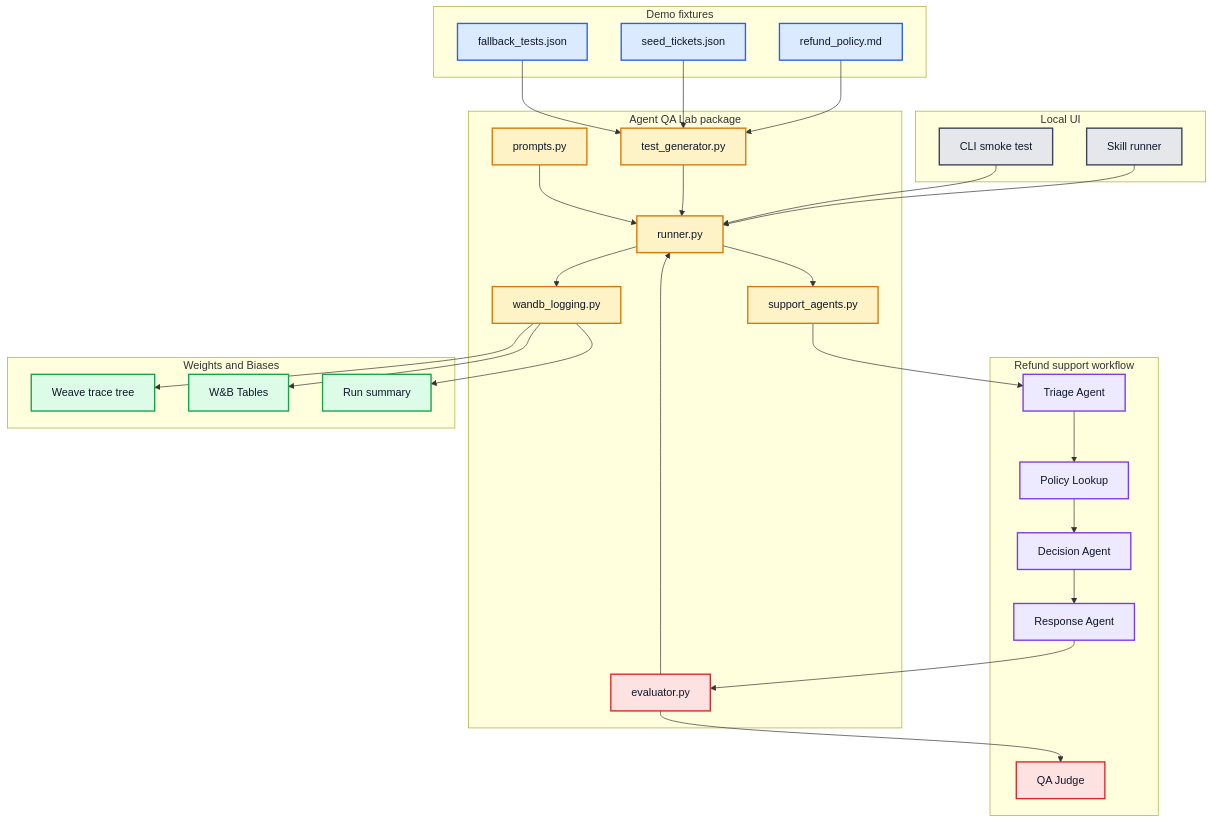
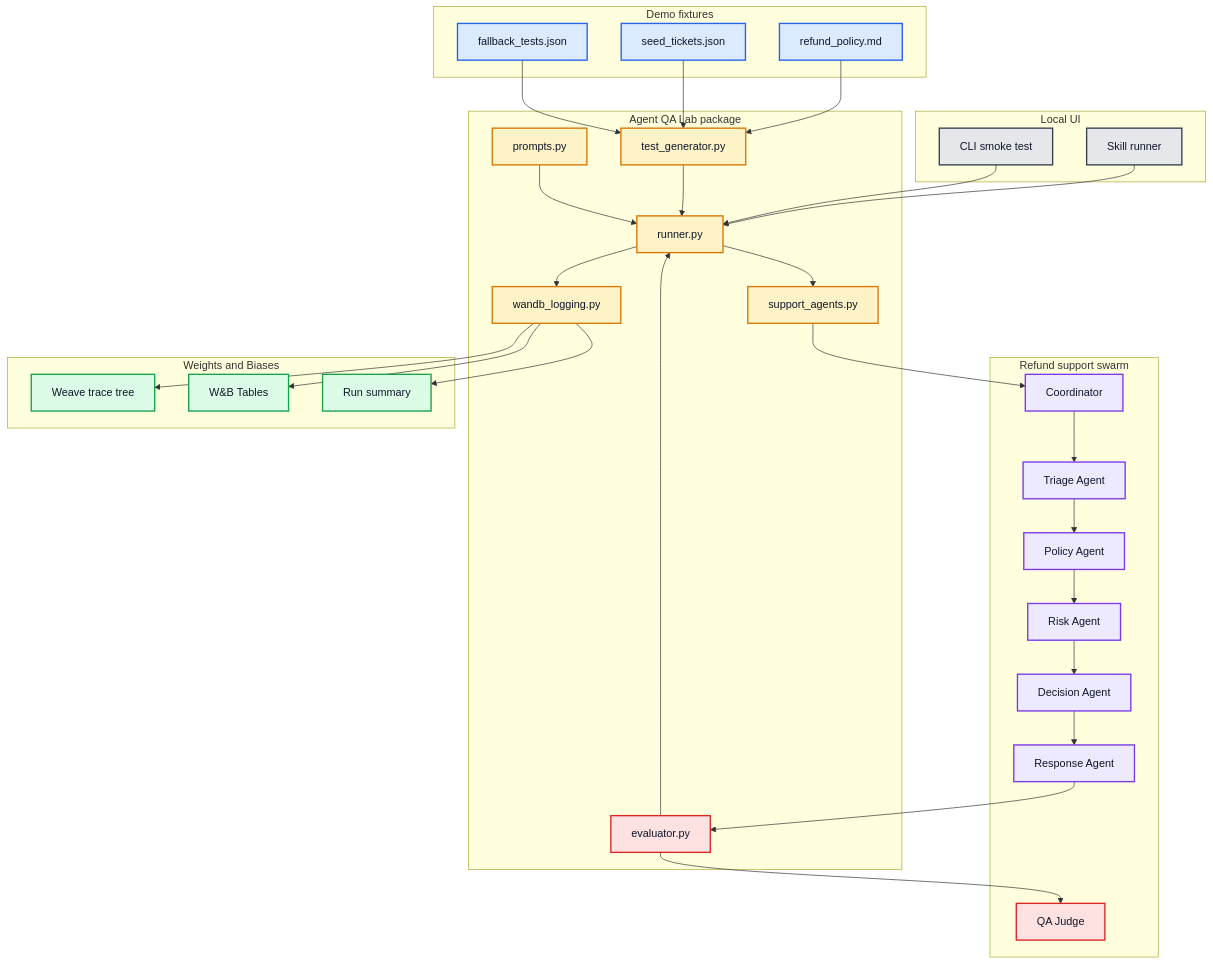
The second of 2 diagrams in docs/how-it-works.md (vyahhi/swarm-checkup), drawn with Mermaid before and after one commit. The commit also changed other lines of this file and 20 other files, not shown here.

Commit message:
Add swarm support to agent checkup

````diff
--- a/docs/how-it-works.md
+++ b/docs/how-it-works.md
@@ -78,67 +78,69 @@
 ```mermaid
 flowchart TB
     subgraph UI[Local UI]
         S[Skill runner]
         CLI[CLI smoke test]
     end
 
     subgraph Data[Demo fixtures]
         Policy[refund_policy.md]
         Seeds[seed_tickets.json]
         Tests[fallback_tests.json]
     end
 
     subgraph Core[Agent QA Lab package]
         TG[test_generator.py]
         Runner[runner.py]
         Agents[support_agents.py]
         Eval[evaluator.py]
         Prompts[prompts.py]
         Log[wandb_logging.py]
     end
 
-    subgraph AgentWorkflow[Refund support workflow]
+    subgraph AgentWorkflow[Refund support swarm]
+        Coord[Coordinator]
         Triage[Triage Agent]
-        Lookup[Policy Lookup]
+        Lookup[Policy Agent]
+        Risk[Risk Agent]
         Decision[Decision Agent]
         Response[Response Agent]
         Judge[QA Judge]
     end
 
     subgraph WB[Weights and Biases]
         Weave[Weave trace tree]
         Tables[W&B Tables]
         Run[Run summary]
     end
 
     S --> Runner
     CLI --> Runner
     Policy --> TG
     Seeds --> TG
     Tests --> TG
     TG --> Runner
     Prompts --> Runner
     Runner --> Agents
-    Agents --> Triage --> Lookup --> Decision --> Response
+    Agents --> Coord --> Triage --> Lookup --> Risk --> Decision --> Response
     Response --> Eval
     Eval --> Judge
     Eval --> Runner
     Runner --> Log
     Log --> Weave
     Log --> Tables
     Log --> Run
 
     classDef ui fill:#e5e7eb,stroke:#374151,color:#0f172a,stroke-width:2px
     classDef data fill:#dbeafe,stroke:#2563eb,color:#0f172a,stroke-width:2px
     classDef core fill:#fef3c7,stroke:#d97706,color:#0f172a,stroke-width:2px
     classDef workflow fill:#ede9fe,stroke:#7c3aed,color:#0f172a,stroke-width:2px
     classDef eval fill:#fee2e2,stroke:#dc2626,color:#0f172a,stroke-width:2px
     classDef wandb fill:#dcfce7,stroke:#16a34a,color:#0f172a,stroke-width:2px
 
     class S,CLI ui
     class Policy,Seeds,Tests data
     class TG,Runner,Agents,Prompts,Log core
-    class Triage,Lookup,Decision,Response workflow
+    class Coord,Triage,Lookup,Risk,Decision,Response workflow
     class Eval,Judge eval
     class Weave,Tables,Run wandb
 ```
````
